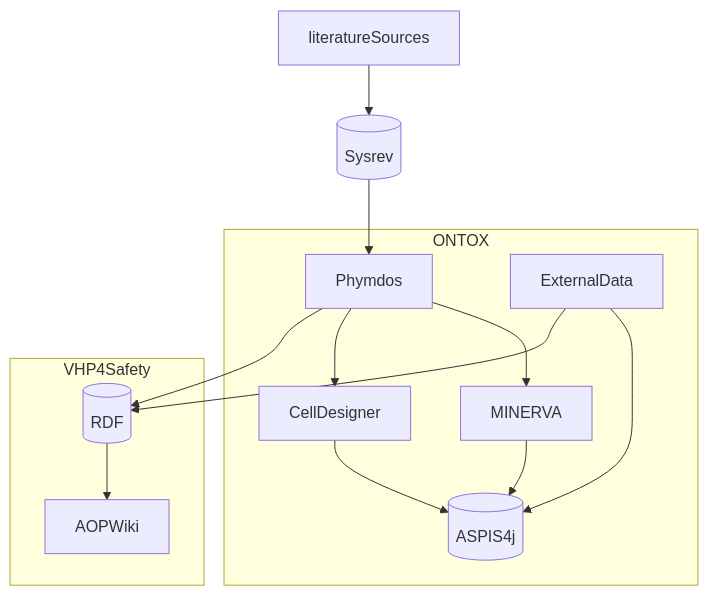
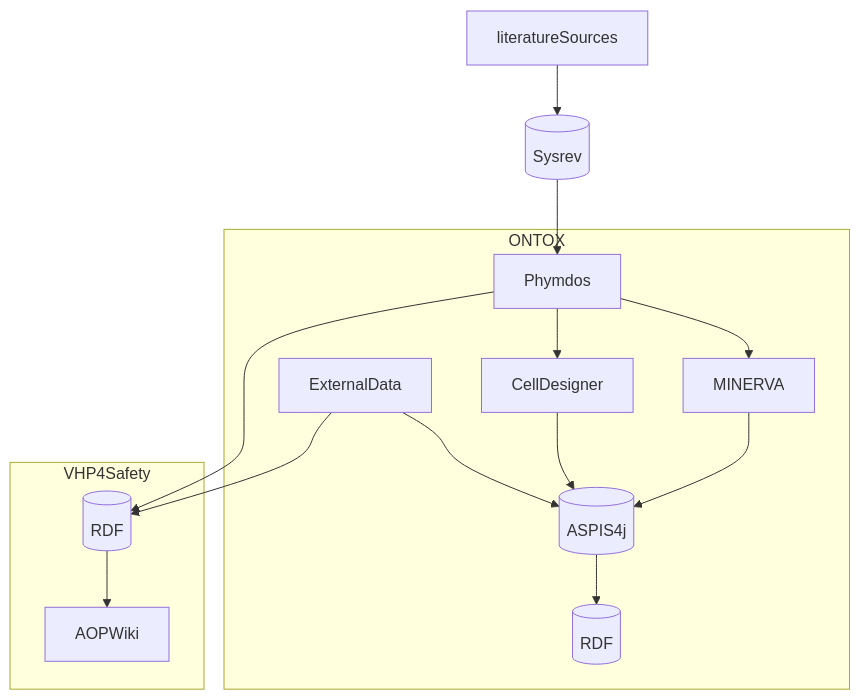
Before and after one commit to ontox-hu/workflows: the diagram in ONTOX-vs-VHP4Safety.md, drawn with Mermaid.

````diff
--- a/ONTOX-vs-VHP4Safety.md
+++ b/ONTOX-vs-VHP4Safety.md
@@ -1,20 +1,24 @@
 ```mermaid
 flowchart TB
     literatureSources-->Sysrev[(Sysrev)]
     Sysrev[(Sysrev)]-->Phymdos
     
     subgraph ONTOX
     Phymdos-->MINERVA
     Phymdos-->CellDesigner
     ExternalData-->ASPIS4j[(ASPIS4j)]
     CellDesigner-->ASPIS4j[(ASPIS4j)]
     MINERVA-->ASPIS4j[(ASPIS4j)]
+    ASPIS4j[(ASPIS4j)]-->DF[(RDF)]
     end
     
     subgraph VHP4Safety
     Phymdos-->RDF[(RDF)]
     RDF[(RDF)]-->AOPWiki
     ExternalData-->RDF[(RDF)]
     end
     
+    
+    
+    
 ```
````
